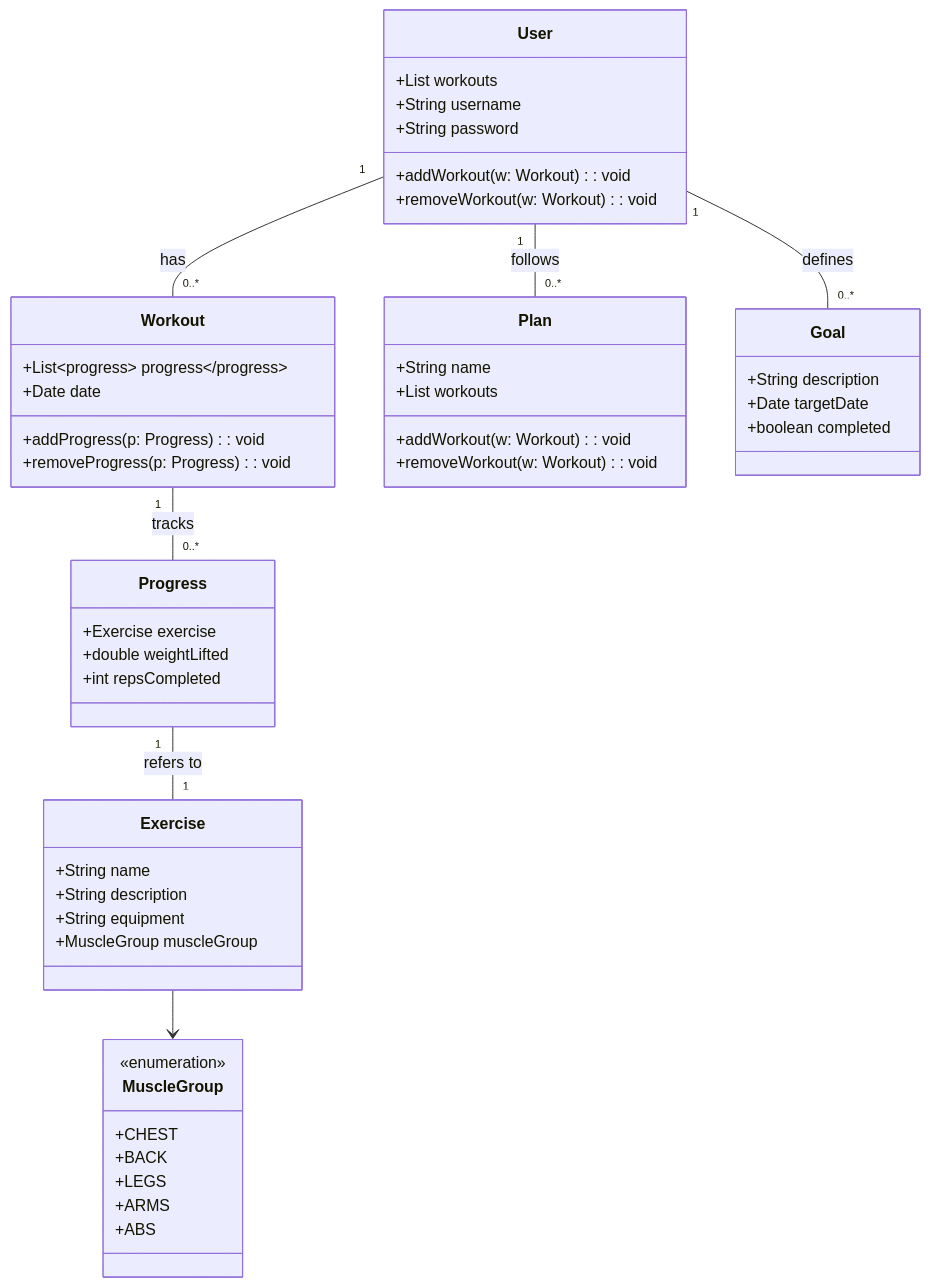
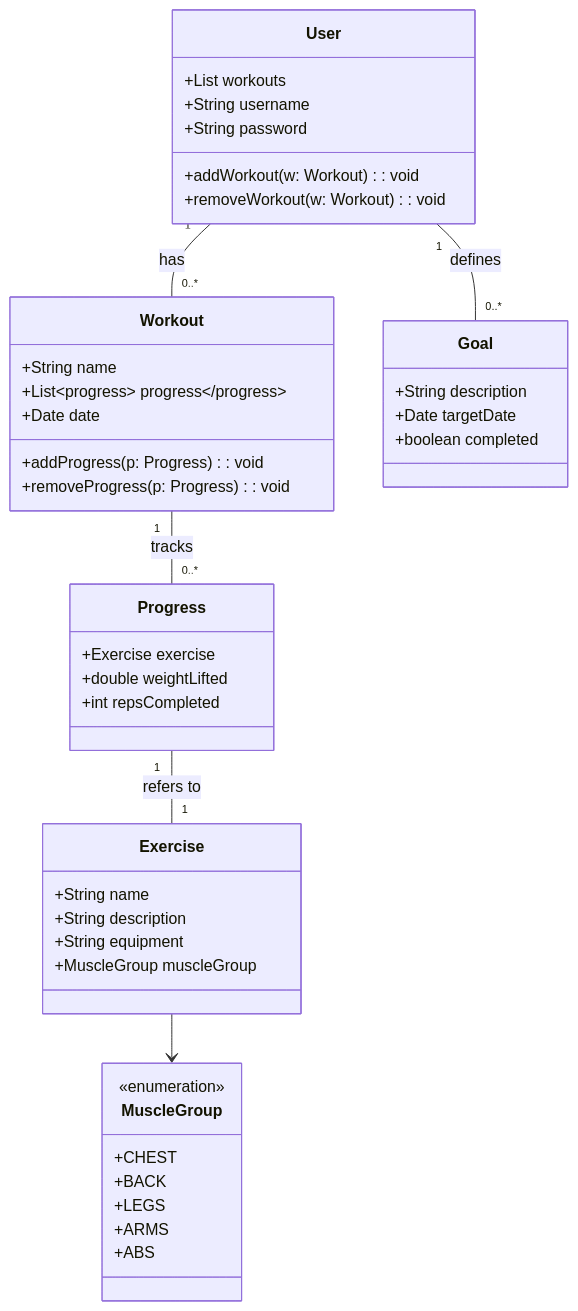
The diagram in README.md (leandroalves2/gym-manager), drawn with Mermaid before and after one commit.

````diff
--- a/README.md
+++ b/README.md
@@ -9,59 +9,52 @@
 ```mermaid
 classDiagram
     class Exercise {
         +String name
         +String description
         +String equipment
         +MuscleGroup muscleGroup
     }
 
     class Workout {
+        +String name
         +List<Progress> progress
         +addProgress(p: Progress): void
         +removeProgress(p: Progress): void
         +Date date
     }
 
     class User {
         +List<Workout> workouts
         +addWorkout(w: Workout): void
         +removeWorkout(w: Workout): void
         +String username
         +String password
     }
 
     class Progress {
         +Exercise exercise
         +double weightLifted
         +int repsCompleted
-    }
-
-    class Plan {
-        +String name
-        +List<Workout> workouts
-        +addWorkout(w: Workout): void
-        +removeWorkout(w: Workout): void
     }
 
     class Goal {
         +String description
         +Date targetDate
         +boolean completed
     }
 
     class MuscleGroup {
         <<enumeration>>
         +CHEST
         +BACK
         +LEGS
         +ARMS
         +ABS
     }
 
     User "1" -- "0..*" Workout : has
     Workout "1" -- "0..*" Progress : tracks
     Progress "1" -- "1" Exercise : refers to
     User "1" -- "0..*" Goal : defines
-    User "1" -- "0..*" Plan : follows
     Exercise --> MuscleGroup
 ```
````
